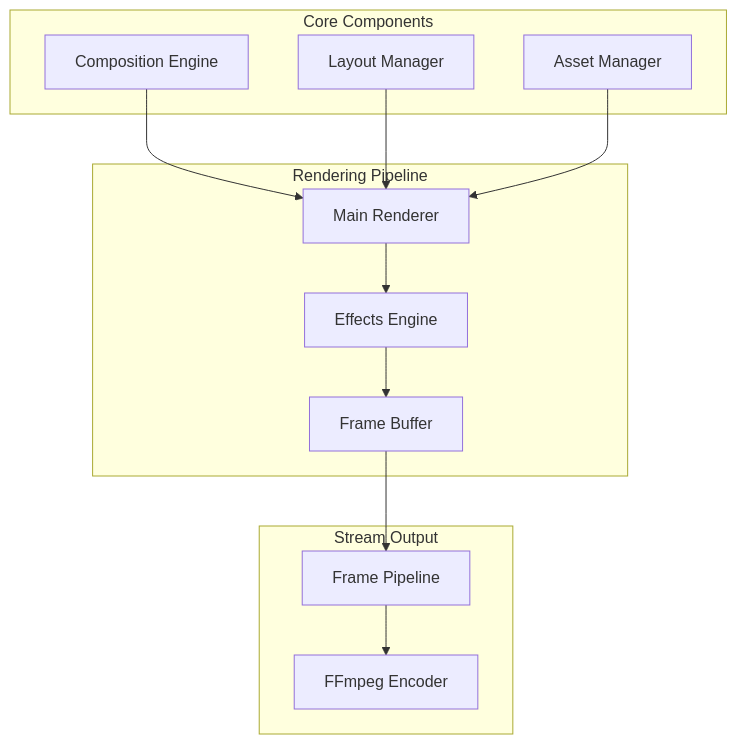
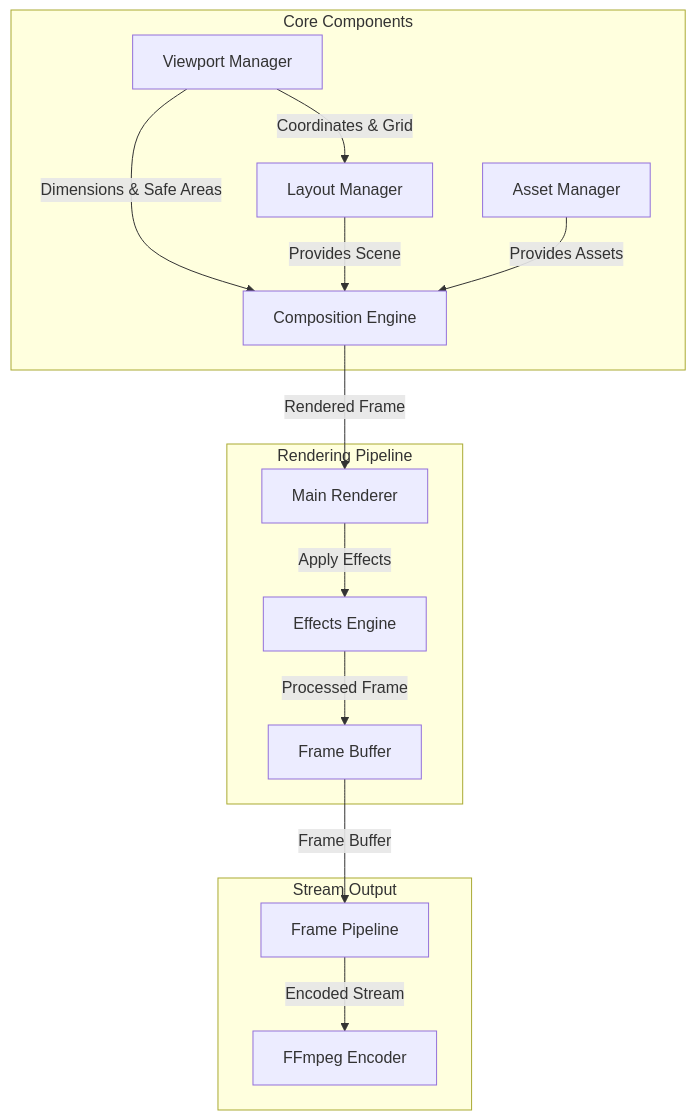
The diagram in apps/stream-manager/src/rendering/README.md (bigshellpliskin/sothebais), drawn with Mermaid before and after one commit. The commit also changed other lines of this file and 10 other files, not shown here.

First line of the commit message:
Optimize Stream Manager Components with Enhanced Performance and Metrics

````diff
--- a/apps/stream-manager/src/rendering/README.md
+++ b/apps/stream-manager/src/rendering/README.md
@@ -7,27 +7,32 @@
 ```mermaid
 graph TD
     subgraph Core ["Core Components"]
-        Composition[Composition Engine]
+        Viewport[Viewport Manager]
         Layout[Layout Manager]
         Assets[Asset Manager]
+        Composition[Composition Engine]
+        
+        Viewport -->|"Coordinates & Grid"| Layout
+        Viewport -->|"Dimensions & Safe Areas"| Composition
+        Layout -->|"Provides Scene"| Composition
+        Assets -->|"Provides Assets"| Composition
     end
 
     subgraph Rendering ["Rendering Pipeline"]
         Renderer[Main Renderer]
         Effects[Effects Engine]
         FrameBuffer[Frame Buffer]
+        
+        Composition -->|"Rendered Frame"| Renderer
+        Renderer -->|"Apply Effects"| Effects
+        Effects -->|"Processed Frame"| FrameBuffer
     end
 
     subgraph Output ["Stream Output"]
         Pipeline[Frame Pipeline]
         Encoder[FFmpeg Encoder]
+        
+        FrameBuffer -->|"Frame Buffer"| Pipeline
+        Pipeline -->|"Encoded Stream"| Encoder
     end
-
-    Composition --> Renderer
-    Layout --> Renderer
-    Assets --> Renderer
-    Renderer --> Effects
-    Effects --> FrameBuffer
-    FrameBuffer --> Pipeline
-    Pipeline --> Encoder
 ```
````
